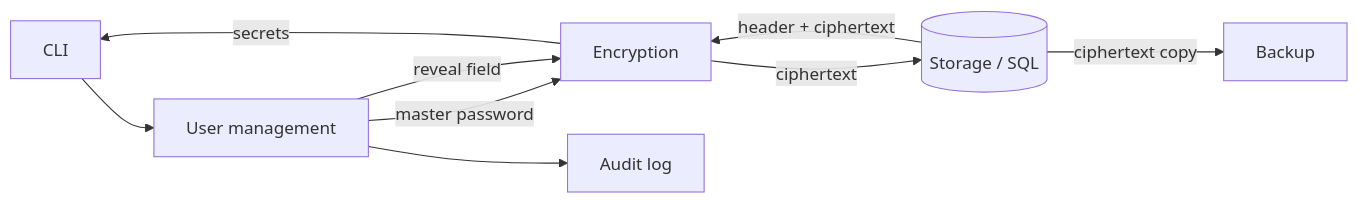
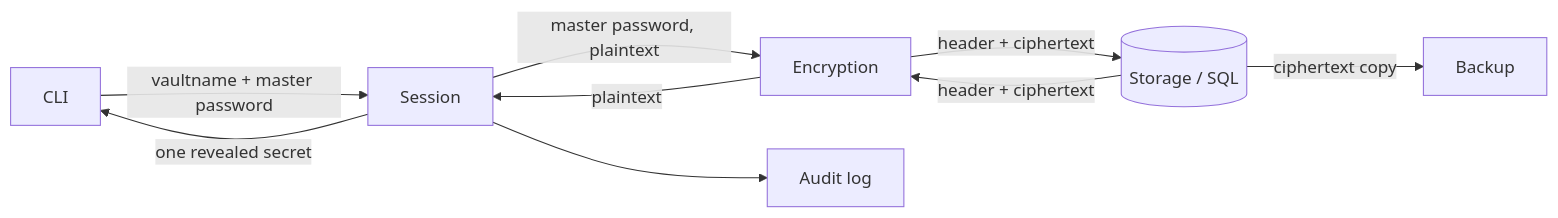
One commit to jevgeni-arefjev/secure-pass-manager changed the first of 2 diagrams in secure-password-manager.md. Above: the diagram before and after it, drawn with Mermaid. The commit also changed other lines of this file and 8 other files, not shown here.

Commit message:
Renamed user-mgmt to session module. Adjusted crypto schema.

````diff
--- a/secure-password-manager.md
+++ b/secure-password-manager.md
@@ -26,7 +26,8 @@
 ```mermaid
 flowchart LR
-  CLI --> UM[User management] -->|master password| ENC[Encryption]
-  UM[User management] -->|reveal field| ENC[Encryption]
-  ENC -->|ciphertext| ST[(Storage / SQL)] -->|header + ciphertext| ENC
-  ENC -->|secrets| CLI; UM --> LOG[Audit log]; ST -->|ciphertext copy| BK[Backup]
+  CLI -->|vaultname + master password| SE[Session] -->|master password, plaintext| ENC[Encryption]
+  ENC -->|plaintext| SE
+  SE -->|one revealed secret| CLI
+  ENC -->|header + ciphertext| ST[(Storage / SQL)] -->|header + ciphertext| ENC
+  SE --> LOG[Audit log]; ST -->|ciphertext copy| BK[Backup]
 ```
````
